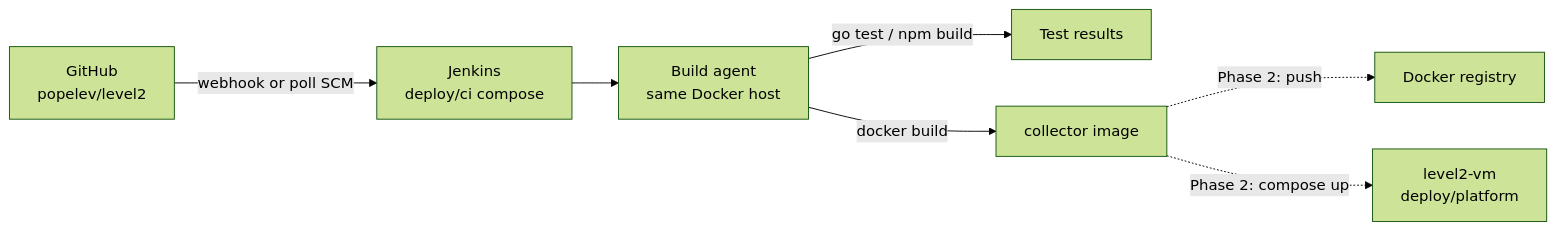
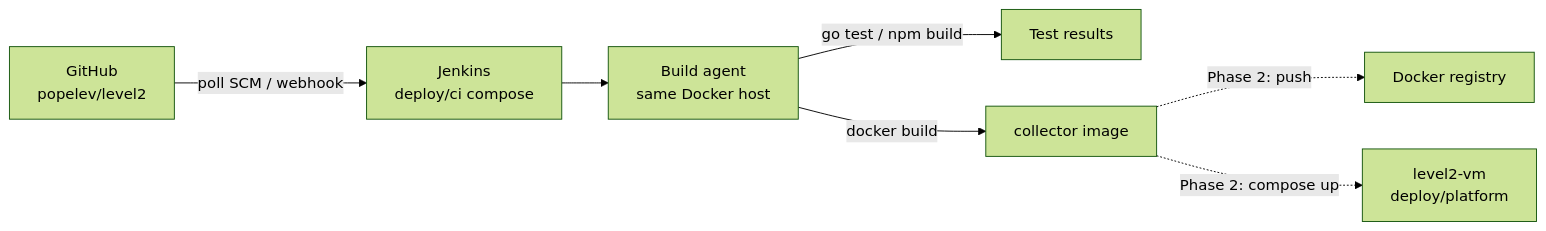
One commit to popelev/level2 changed the diagram in deploy/ci/README.md. Above: the diagram before and after it, drawn with Mermaid (forest theme). The commit also changed other lines of this file and 5 other files, not shown here.

````diff
--- a/deploy/ci/README.md
+++ b/deploy/ci/README.md
@@ -20,9 +59,9 @@
 ```mermaid
 flowchart LR
-  GH[GitHub\npopelev/level2] -->|webhook or poll SCM| J[Jenkins\ndeploy/ci compose]
+  GH[GitHub\npopelev/level2] -->|poll SCM / webhook| J[Jenkins\ndeploy/ci compose]
   J --> A[Build agent\nsame Docker host]
   A -->|go test / npm build| T[Test results]
   A -->|docker build| IMG[collector image]
   IMG -.->|Phase 2: push| REG[Docker registry]
   IMG -.->|Phase 2: compose up| VM[level2-vm\ndeploy/platform]
 ```
````
